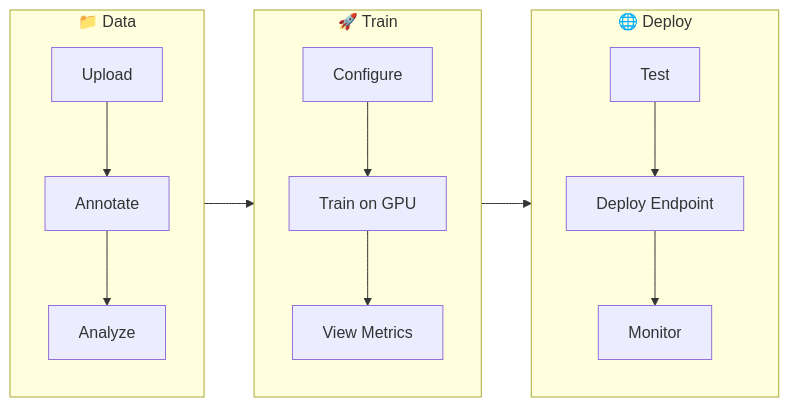
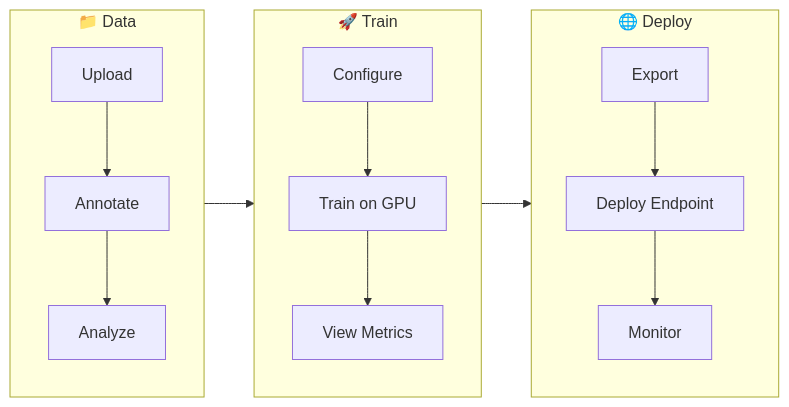
Before and after one commit to ultralytics/ultralytics: the diagram in docs/en/platform/index.md, drawn with Mermaid. The commit also changed other lines of this file and 12 other files, not shown here.

````diff
--- a/docs/en/platform/index.md
+++ b/docs/en/platform/index.md
@@ -57,16 +57,16 @@
 ```mermaid
 graph LR
     subgraph Data["📁 Data"]
         A[Upload] --> B[Annotate]
         B --> C[Analyze]
     end
     subgraph Train["🚀 Train"]
         D[Configure] --> E[Train on GPU]
         E --> F[View Metrics]
     end
     subgraph Deploy["🌐 Deploy"]
-        G[Test] --> H[Deploy Endpoint]
+        G[Export] --> H[Deploy Endpoint]
         H --> I[Monitor]
     end
     Data --> Train --> Deploy
 ```
````
